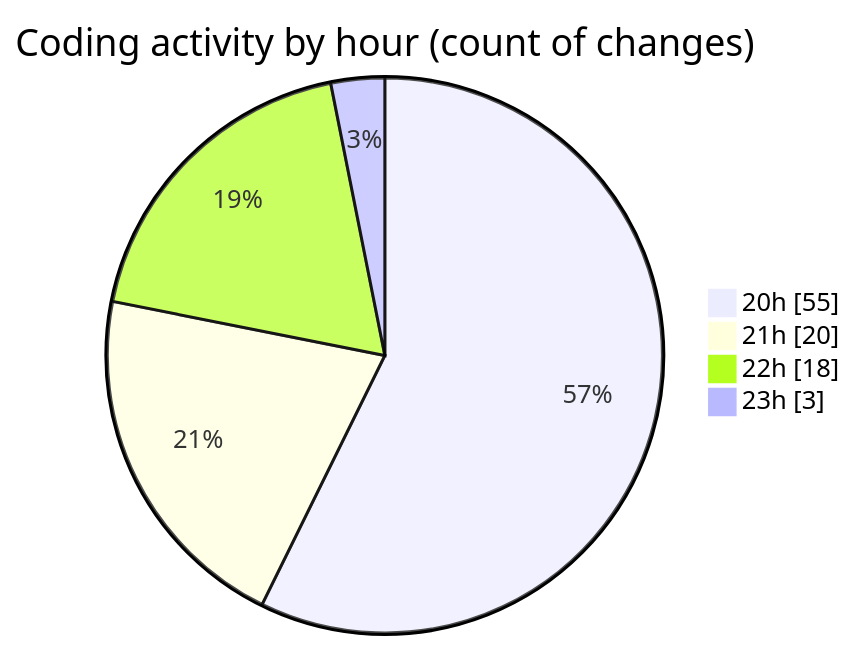
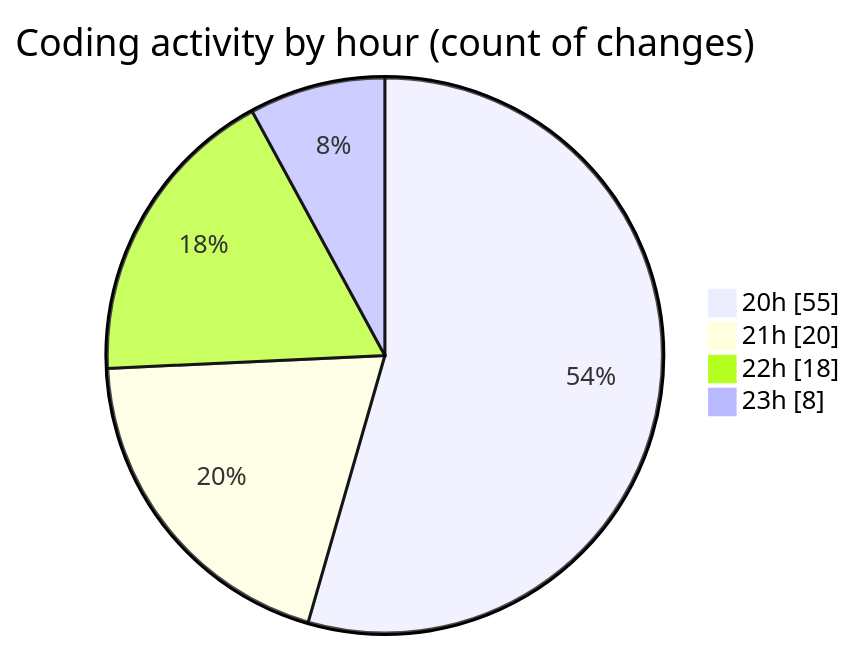
One commit to lephambinh05/code-tracking changed the second of 2 diagrams in 2025-09-01/20m/README.md. Above: the diagram before and after it, drawn with Mermaid. The commit also changed other lines of this file and 1 other file, not shown here.

````diff
--- a/2025-09-01/20m/README.md
+++ b/2025-09-01/20m/README.md
@@ -69,8 +69,8 @@
 ```mermaid
 pie showData
 title Coding activity by hour (count of changes)
 "20h" : 55
 "21h" : 20
 "22h" : 18
-"23h" : 3
+"23h" : 8
 ```
````
